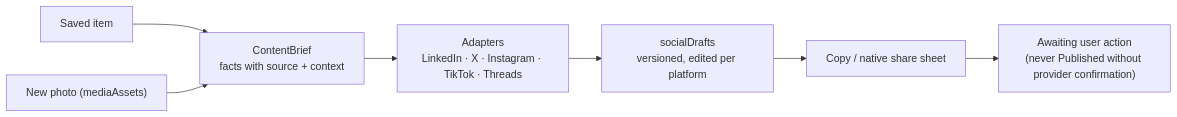
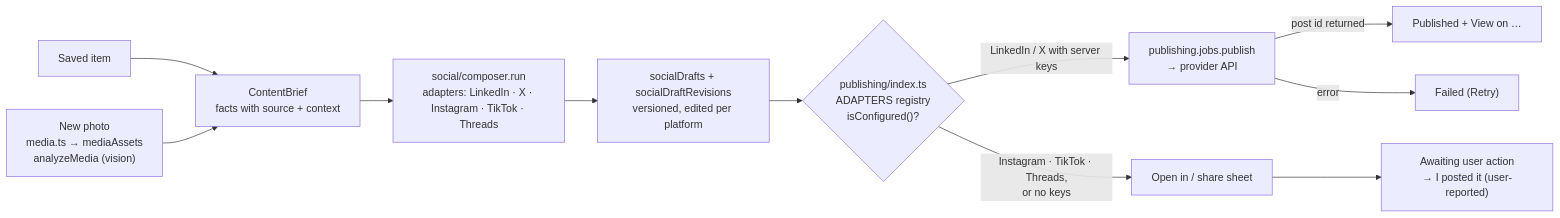
The third of 3 diagrams in docs/architecture.md (zubair480/consumer-hacks), drawn with Mermaid before and after one commit. The commit also changed other lines of this file, not shown here.

Commit message:
Docs: architecture for shipped Social Studio and publishing

````diff
--- a/docs/architecture.md
+++ b/docs/architecture.md
@@ -107,9 +107,13 @@
 ```mermaid
 flowchart LR
   Save["Saved item"] --> Brief["ContentBrief<br/>facts with source + context"]
-  Photo["New photo (mediaAssets)"] --> Brief
-  Brief --> Adapters["Adapters<br/>LinkedIn · X · Instagram · TikTok · Threads"]
-  Adapters --> Drafts["socialDrafts<br/>versioned, edited per platform"]
-  Drafts --> Share["Copy / native share sheet"]
-  Share --> State["Awaiting user action<br/>(never Published without provider confirmation)"]
+  Photo["New photo<br/>media.ts → mediaAssets<br/>analyzeMedia (vision)"] --> Brief
+  Brief --> Composer["social/composer.run<br/>adapters: LinkedIn · X · Instagram · TikTok · Threads"]
+  Composer --> Drafts["socialDrafts + socialDraftRevisions<br/>versioned, edited per platform"]
+  Drafts --> Registry{"publishing/index.ts<br/>ADAPTERS registry<br/>isConfigured()?"}
+  Registry -- "LinkedIn / X with server keys" --> Direct["publishing.jobs.publish<br/>→ provider API"]
+  Direct -- "post id returned" --> Published["Published + View on …"]
+  Direct -- "error" --> Failed["Failed (Retry)"]
+  Registry -- "Instagram · TikTok · Threads,<br/>or no keys" --> Share["Open in / share sheet"]
+  Share --> Awaiting["Awaiting user action<br/>→ I posted it (user-reported)"]
 ```
````
